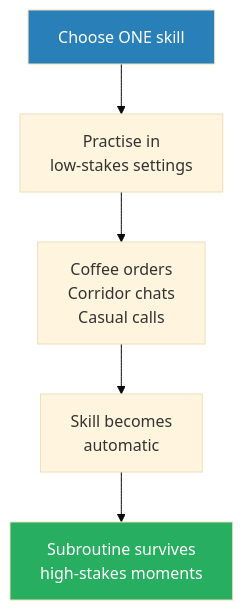
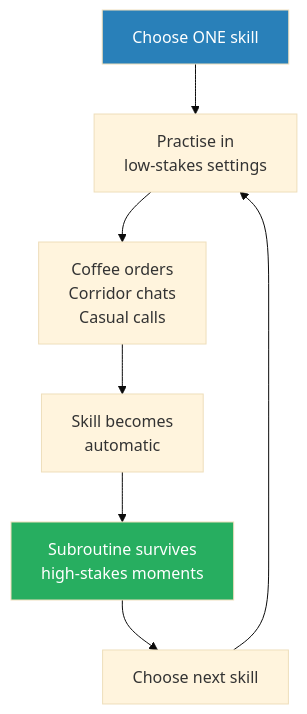
The sixth of 6 diagrams in summaries/Personal Brand & Presence/The Credibility Code - Cara Hale Alter.md (alius33/reader), drawn with Mermaid (base theme) before and after one commit. The commit also changed other lines of this file and 272 other files, not shown here.

````diff
--- a/summaries/Personal Brand & Presence/The Credibility Code - Cara Hale Alter.md
+++ b/summaries/Personal Brand & Presence/The Credibility Code - Cara Hale Alter.md
@@ -777,9 +990,11 @@
 ```mermaid
 flowchart TD
-    A["Choose ONE skill"] --> B["Practise in\nlow-stakes settings"]
-    B --> C["Coffee orders\nCorridor chats\nCasual calls"]
-    C --> D["Skill becomes\nautomatic"]
-    D --> E["Subroutine survives\nhigh-stakes moments"]
+    A["Choose ONE skill"] --> B["Practise in<br>low-stakes settings"]
+    B --> C["Coffee orders<br>Corridor chats<br>Casual calls"]
+    C --> D["Skill becomes<br>automatic"]
+    D --> E["Subroutine survives<br>high-stakes moments"]
+    E --> F["Choose next skill"]
+    F --> B
     style A fill:#2980b9,color:#fff
     style E fill:#27ae60,color:#fff
 ```
````
